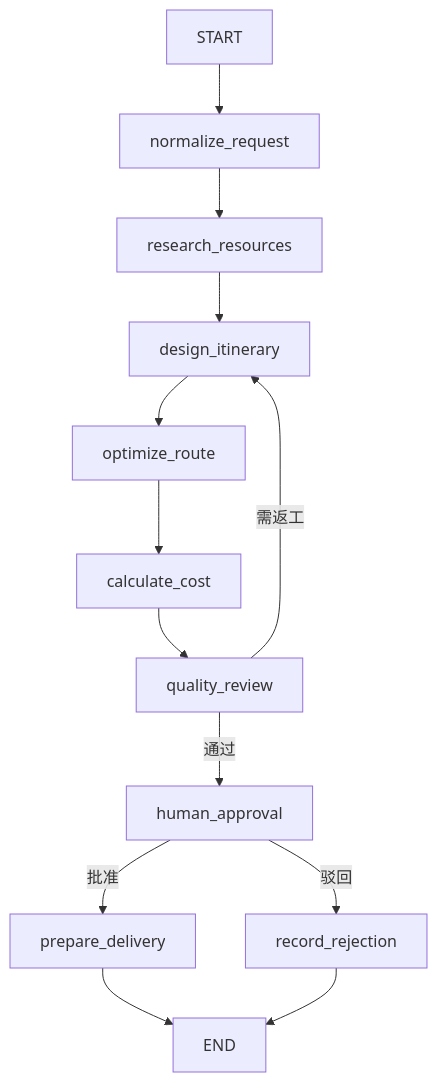
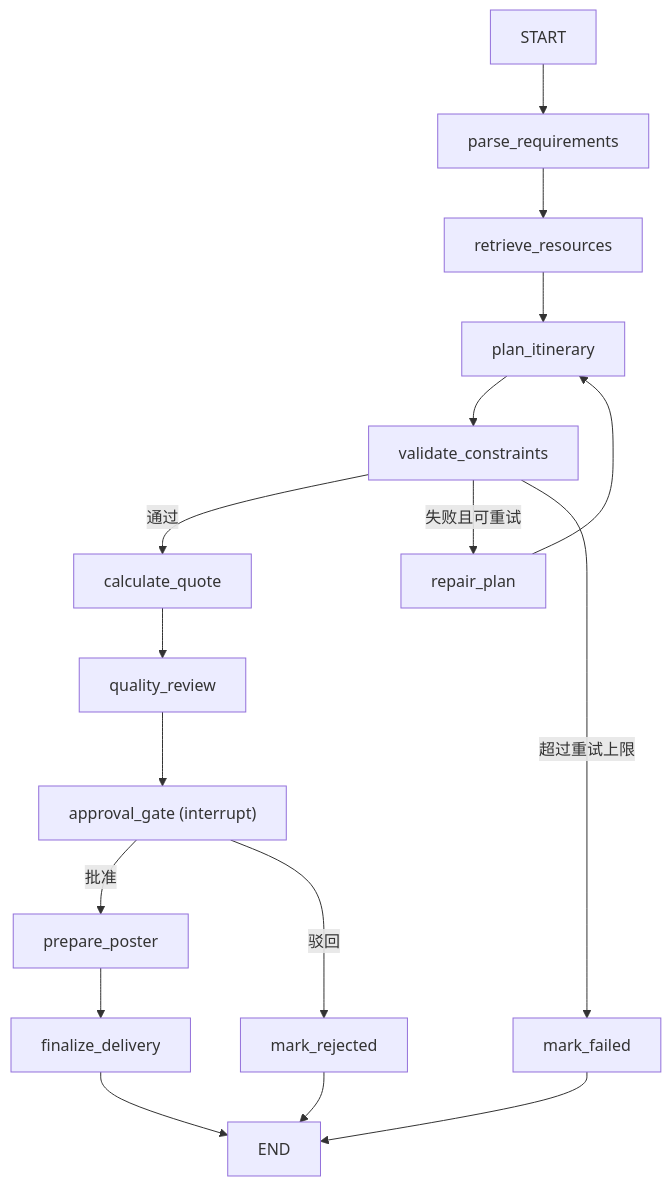
One commit to IsGodmini/muti-agents-projects changed the diagram in docs/03-多Agent与LangGraph工作流.md. Above: the diagram before and after it, drawn with Mermaid. The commit also changed other lines of this file and 13 other files, not shown here.

````diff
--- a/docs/03-多Agent与LangGraph工作流.md
+++ b/docs/03-多Agent与LangGraph工作流.md
@@ -32,15 +31,19 @@
 ```mermaid
 flowchart TD
-    S["START"] --> N["normalize_request"]
-    N --> R["research_resources"]
-    R --> I["design_itinerary"]
-    I --> O["optimize_route"]
-    O --> C["calculate_cost"]
+    S["START"] --> P["parse_requirements"]
+    P --> R["retrieve_resources"]
+    R --> I["plan_itinerary"]
+    I --> V["validate_constraints"]
+    V -->|通过| C["calculate_quote"]
+    V -->|失败且可重试| RP["repair_plan"]
+    V -->|超过重试上限| F["mark_failed"]
+    RP --> I
     C --> Q["quality_review"]
-    Q -->|通过| H["human_approval"]
-    Q -->|需返工| I
-    H -->|批准| D["prepare_delivery"]
-    H -->|驳回| X["record_rejection"]
+    Q --> A["approval_gate (interrupt)"]
+    A -->|批准| PO["prepare_poster"]
+    A -->|驳回| X["mark_rejected"]
+    PO --> D["finalize_delivery"]
     D --> E["END"]
+    F --> E
     X --> E
 ```
````
